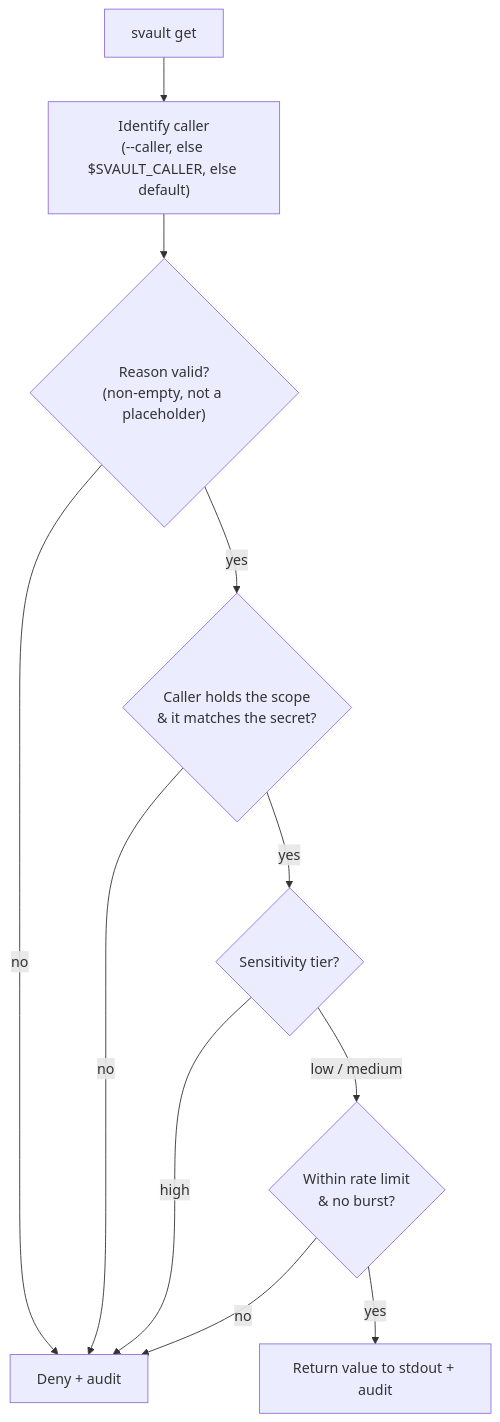
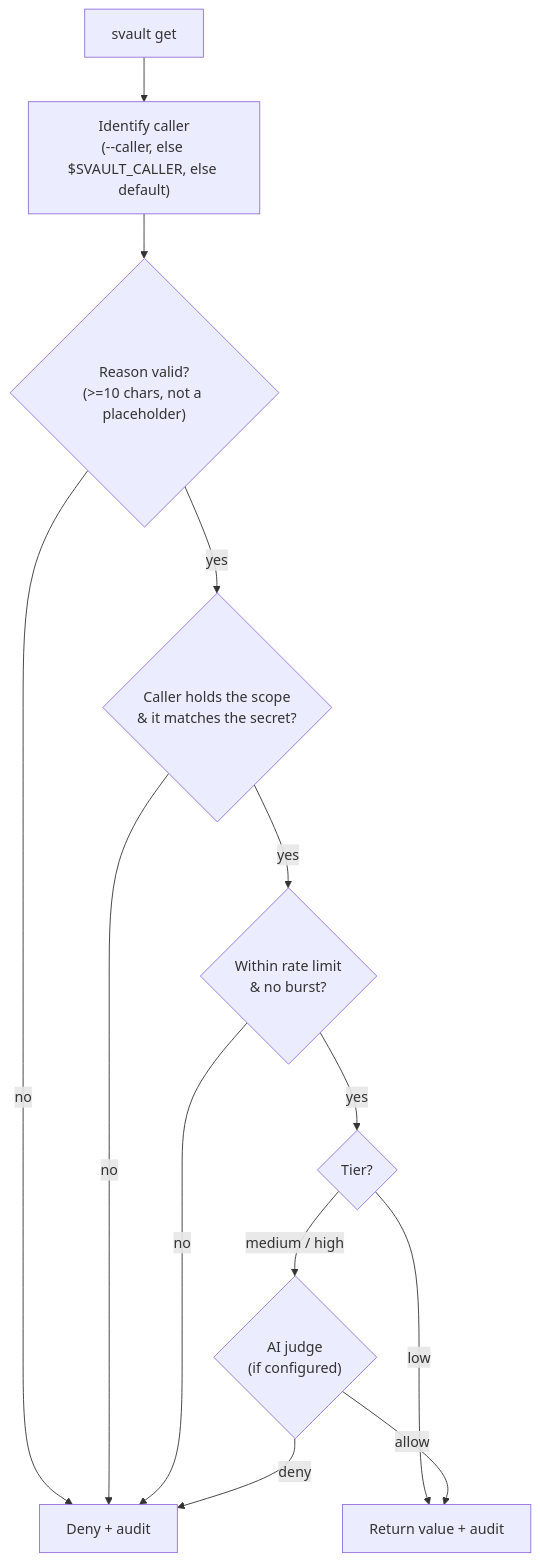
The diagram in docs/policy-engine.md (nim444/Svault), drawn with Mermaid before and after one commit. The commit also changed other lines of this file and 18 other files, not shown here.

````diff
--- a/docs/policy-engine.md
+++ b/docs/policy-engine.md
@@ -14,13 +30,15 @@
 ```mermaid
 flowchart TD
     REQ["svault get"] --> ID["Identify caller<br/>(--caller, else $SVAULT_CALLER, else default)"]
-    ID --> RSN{"Reason valid?<br/>(non-empty, not a placeholder)"}
+    ID --> RSN{"Reason valid?<br/>(>=10 chars, not a placeholder)"}
     RSN -->|no| DENY["Deny + audit"]
     RSN -->|yes| CAP{"Caller holds the scope<br/>& it matches the secret?"}
     CAP -->|no| DENY
-    CAP -->|yes| TIER{"Sensitivity tier?"}
-    TIER -->|high| DENY
-    TIER -->|low / medium| RATE{"Within rate limit<br/>& no burst?"}
+    CAP -->|yes| RATE{"Within rate limit<br/>& no burst?"}
     RATE -->|no| DENY
-    RATE -->|yes| ALLOW["Return value to stdout + audit"]
+    RATE -->|yes| TIER{"Tier?"}
+    TIER -->|low| ALLOW["Return value + audit"]
+    TIER -->|medium / high| JUDGE{"AI judge<br/>(if configured)"}
+    JUDGE -->|allow| ALLOW
+    JUDGE -->|deny| DENY
 ```
````
